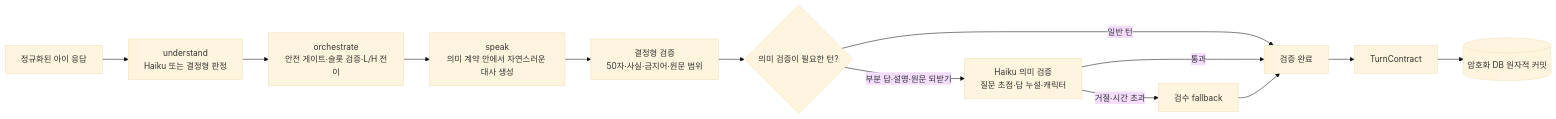
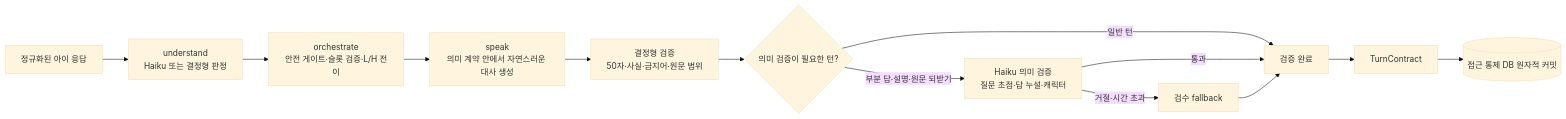
Before and after one commit to flyai-y2s2/Mormi-AI: the second of 2 diagrams in docs/ARCHITECTURE.md, drawn with Mermaid (base theme). The commit also changed other lines of this file and 15 other files, not shown here.

````diff
--- a/docs/ARCHITECTURE.md
+++ b/docs/ARCHITECTURE.md
@@ -126,15 +126,15 @@
 ```mermaid
 flowchart LR
     A["정규화된 아이 응답"] --> B["understand\nHaiku 또는 결정형 판정"]
     B --> C["orchestrate\n안전 게이트·슬롯 검증·L/H 전이"]
     C --> D["speak\n의미 계약 안에서 자연스러운 대사 생성"]
     D --> E["결정형 검증\n50자·사실·금지어·원문 범위"]
     E --> H{"의미 검증이 필요한 턴?"}
     H -- "부분 답·설명·원문 되받기" --> I["Haiku 의미 검증\n질문 초점·답 누설·캐릭터"]
     H -- "일반 턴" --> J["검증 완료"]
     I -- "통과" --> J
     I -- "거절·시간 초과" --> K["검수 fallback"]
     K --> J
     J --> F["TurnContract"]
-    F --> G[("암호화 DB 원자적 커밋")]
+    F --> G[("접근 통제 DB 원자적 커밋")]
 ```
````
